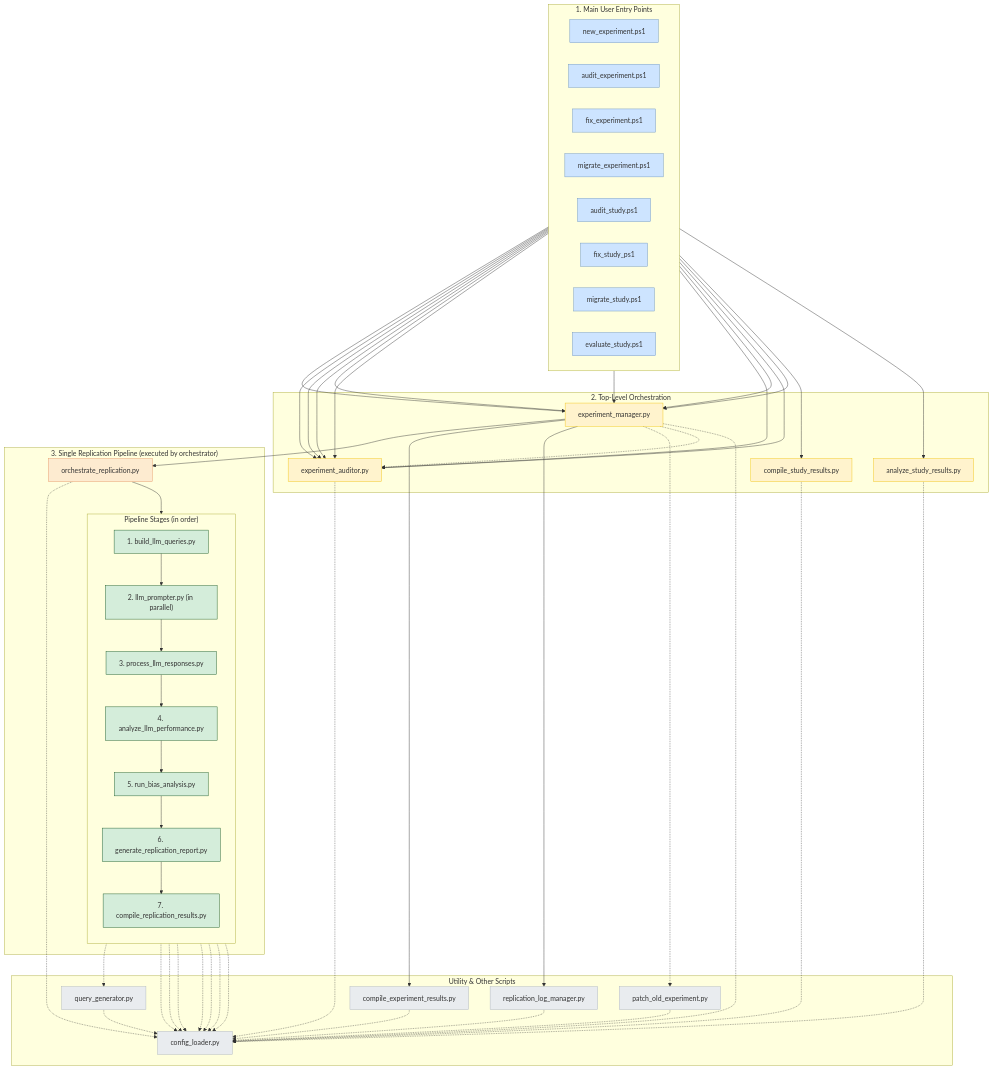
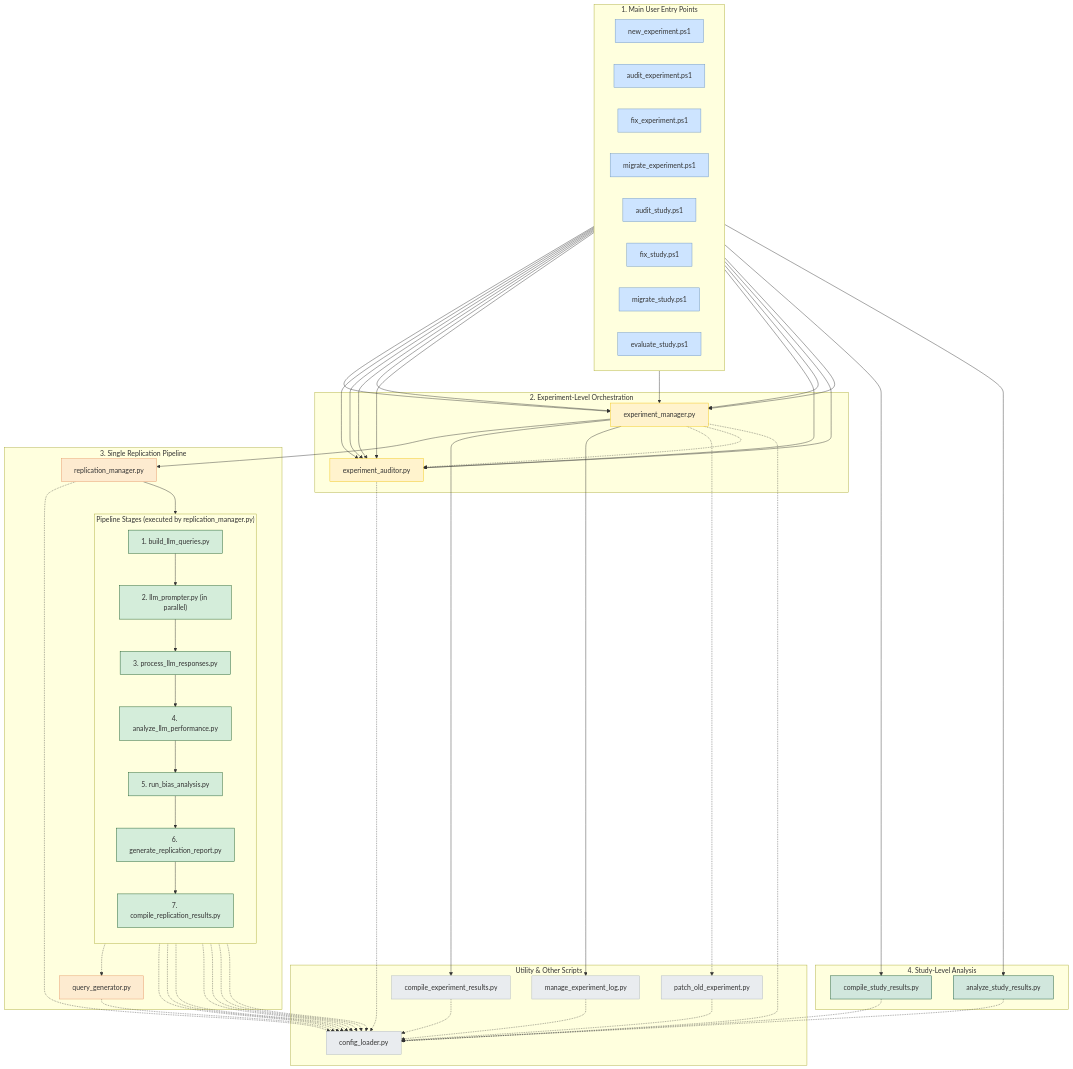
Before and after one commit to peterjmarko/llm-narrative-framework: the diagram in docs/diagrams/arch_main_codebase.mmd, drawn with Mermaid. The commit also changed 15 other files, not shown here.

```diff
--- a/docs/diagrams/arch_main_codebase.mmd
+++ b/docs/diagrams/arch_main_codebase.mmd
@@ -1,113 +1,117 @@
 graph TD
     subgraph "1. Main User Entry Points"
         direction LR
         new_experiment_ps1["new_experiment.ps1"]
         audit_experiment_ps1["audit_experiment.ps1"]
         fix_experiment_ps1["fix_experiment.ps1"]
         migrate_experiment_ps1["migrate_experiment.ps1"]
         audit_study_ps1["audit_study.ps1"]
-        fix_study_ps1["fix_study_ps1"]
+        fix_study_ps1["fix_study.ps1"]
         migrate_study_ps1["migrate_study.ps1"]
         evaluate_study_ps1["evaluate_study.ps1"]
     end
 
-    subgraph "2. Top-Level Orchestration"
+    subgraph "2. Experiment-Level Orchestration"
         exp_manager["experiment_manager.py"]
         exp_auditor["experiment_auditor.py"]
+    end
+    
+    subgraph "4. Study-Level Analysis"
         compile_study_results_py["compile_study_results.py"]
         study_analysis["analyze_study_results.py"]
     end
 
-    subgraph "3. Single Replication Pipeline (executed by orchestrator)"
-        orchestrator["orchestrate_replication.py"]
+    subgraph "3. Single Replication Pipeline"
+        replication_manager["replication_manager.py"]
         
-        subgraph "Pipeline Stages (in order)"
+        subgraph "Pipeline Stages (executed by replication_manager.py)"
             direction TB
             stage1["1. build_llm_queries.py"]
             stage2["2. llm_prompter.py (in parallel)"]
             stage3["3. process_llm_responses.py"]
             stage4["4. analyze_llm_performance.py"]
             stage4b["5. run_bias_analysis.py"]
             stage5["6. generate_replication_report.py"]
             stage6["7. compile_replication_results.py"]
         end
+        query_generator["query_generator.py"]
     end
 
     subgraph "Utility & Other Scripts"
-        query_generator["query_generator.py"]
-        log_manager["replication_log_manager.py"]
+        log_manager["manage_experiment_log.py"]
         compile_experiment["compile_experiment_results.py"]
         patch_old["patch_old_experiment.py"]
         config_loader["config_loader.py"]
     end
 
     %% --- Connections ---
     new_experiment_ps1 --> exp_manager
     
     audit_experiment_ps1 --> exp_auditor
     audit_study_ps1 --> exp_auditor
     
     fix_experiment_ps1 --> exp_auditor
     fix_experiment_ps1 --> exp_manager
     fix_study_ps1 --> exp_auditor
     fix_study_ps1 --> exp_manager
     
     migrate_experiment_ps1 --> exp_auditor
     migrate_experiment_ps1 --> exp_manager
     migrate_study_ps1 --> exp_auditor
     migrate_study_ps1 --> exp_manager
 
     evaluate_study_ps1 --> compile_study_results_py
     evaluate_study_ps1 --> study_analysis
 
-    exp_manager --> orchestrator
+    exp_manager --> replication_manager
     exp_manager --> compile_experiment
     exp_manager --> log_manager
     exp_manager -.-> patch_old
 
     %% Sequential Pipeline Execution
-    orchestrator --> stage1
+    replication_manager --> stage1
     stage1 --> stage2
     stage2 --> stage3
     stage3 --> stage4
     stage4 --> stage4b
     stage4b --> stage5
     stage5 --> stage6
 
     %% Worker Connections
     stage1 -.-> query_generator
 
     %% Import Connections (dotted)
     exp_manager -.-> exp_auditor
-    exp_manager & exp_auditor & orchestrator & stage1 & stage2 & stage3 & stage4 & stage4b & stage5 & stage6 & query_generator & log_manager & compile_experiment & compile_study_results_py & study_analysis & patch_old -.-> config_loader
+    exp_manager & exp_auditor & replication_manager & stage1 & stage2 & stage3 & stage4 & stage4b & stage5 & stage6 & query_generator & log_manager & compile_experiment & compile_study_results_py & study_analysis & patch_old -.-> config_loader
 
     %% --- Inline Styling ---
     style new_experiment_ps1 fill:#cde4ff,stroke:#6c93be
     style audit_experiment_ps1 fill:#cde4ff,stroke:#6c93be
     style fix_experiment_ps1 fill:#cde4ff,stroke:#6c93be
     style migrate_experiment_ps1 fill:#cde4ff,stroke:#6c93be
     style audit_study_ps1 fill:#cde4ff,stroke:#6c93be
     style fix_study_ps1 fill:#cde4ff,stroke:#6c93be
     style migrate_study_ps1 fill:#cde4ff,stroke:#6c93be
     style evaluate_study_ps1 fill:#cde4ff,stroke:#6c93be
 
     style exp_manager fill:#fff3cd,stroke:#f1c40f
     style exp_auditor fill:#fff3cd,stroke:#f1c40f
-    style compile_study_results_py fill:#fff3cd,stroke:#f1c40f
-    style study_analysis fill:#fff3cd,stroke:#f1c40f
     
-    style orchestrator fill:#fdebd0,stroke:#e59866
+    style compile_study_results_py fill:#d1e7dd,stroke:#0f5132
+    style study_analysis fill:#d1e7dd,stroke:#0f5132
+    
+    style replication_manager fill:#fdebd0,stroke:#e59866
+    style query_generator fill:#fdebd0,stroke:#e59866
     
     style stage1 fill:#d4edda,stroke:#155724
     style stage2 fill:#d4edda,stroke:#155724
     style stage3 fill:#d4edda,stroke:#155724
     style stage4 fill:#d4edda,stroke:#155724
     style stage4b fill:#d4edda,stroke:#155724
     style stage5 fill:#d4edda,stroke:#155724
     style stage6 fill:#d4edda,stroke:#155724
 
-    style query_generator fill:#e9ecef,stroke:#adb5bd
     style log_manager fill:#e9ecef,stroke:#adb5bd
     style compile_experiment fill:#e9ecef,stroke:#adb5bd
     style patch_old fill:#e9ecef,stroke:#adb5bd
     style config_loader fill:#e9ecef,stroke:#adb5bd
```
